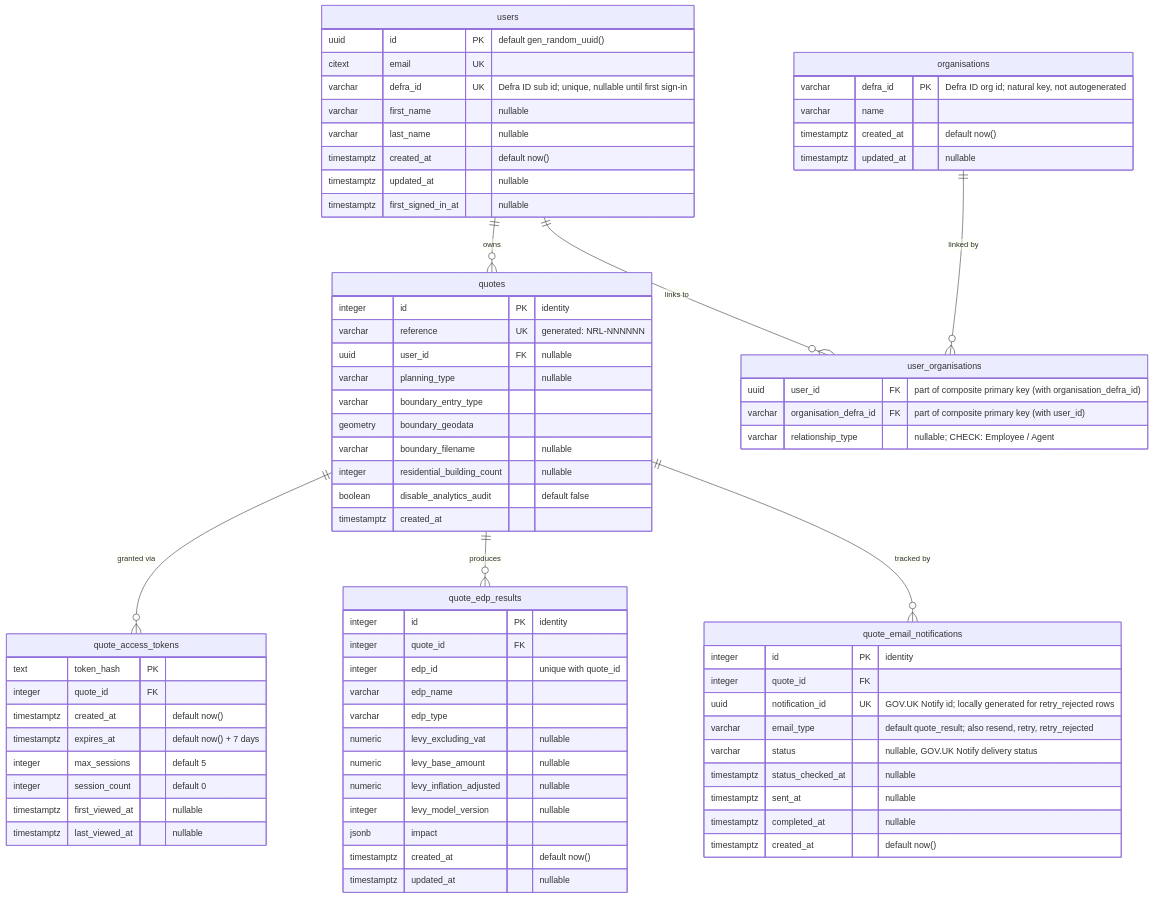
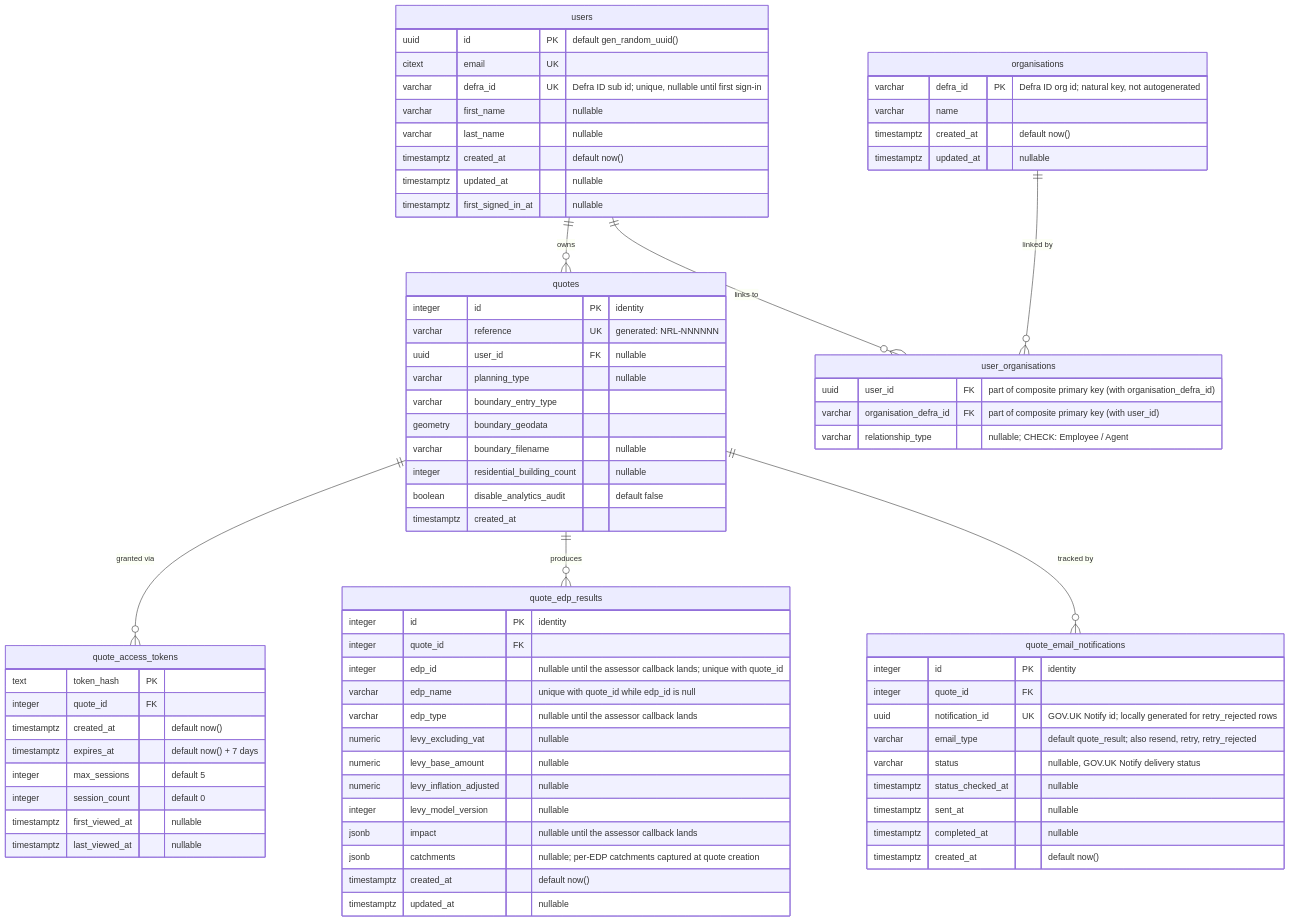
Before and after one commit to DEFRA/nrf-backend: the diagram in docs/quote-database-diagram.md, drawn with Mermaid. The commit also changed other lines of this file and 31 other files, not shown here.

First line of the commit message:
Persist EDP catchments and serialise the assessor callback

```diff
--- a/docs/quote-database-diagram.md
+++ b/docs/quote-database-diagram.md
@@ -67,14 +67,15 @@
     quote_edp_results {
         integer id PK "identity"
         integer quote_id FK
-        integer edp_id "unique with quote_id"
-        varchar edp_name
-        varchar edp_type
+        integer edp_id "nullable until the assessor callback lands; unique with quote_id"
+        varchar edp_name "unique with quote_id while edp_id is null"
+        varchar edp_type "nullable until the assessor callback lands"
         numeric levy_excluding_vat "nullable"
         numeric levy_base_amount "nullable"
         numeric levy_inflation_adjusted "nullable"
         integer levy_model_version "nullable"
-        jsonb impact
+        jsonb impact "nullable until the assessor callback lands"
+        jsonb catchments "nullable; per-EDP catchments captured at quote creation"
         timestamptz created_at "default now()"
         timestamptz updated_at "nullable"
     }
```
